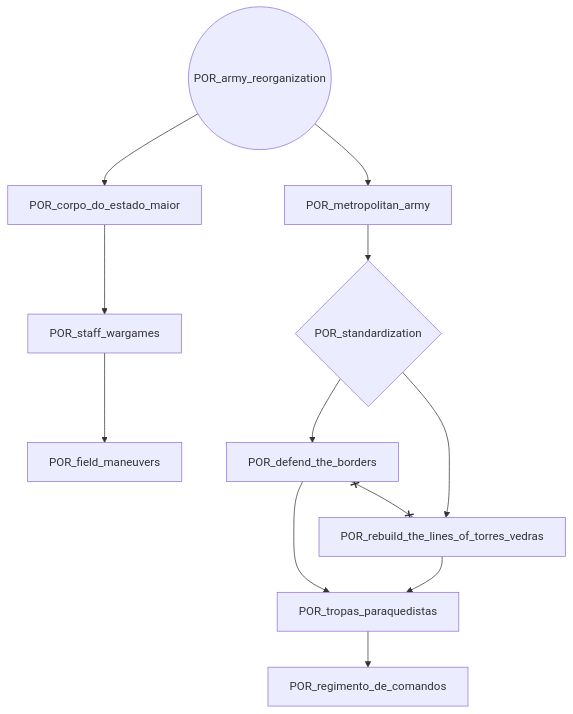
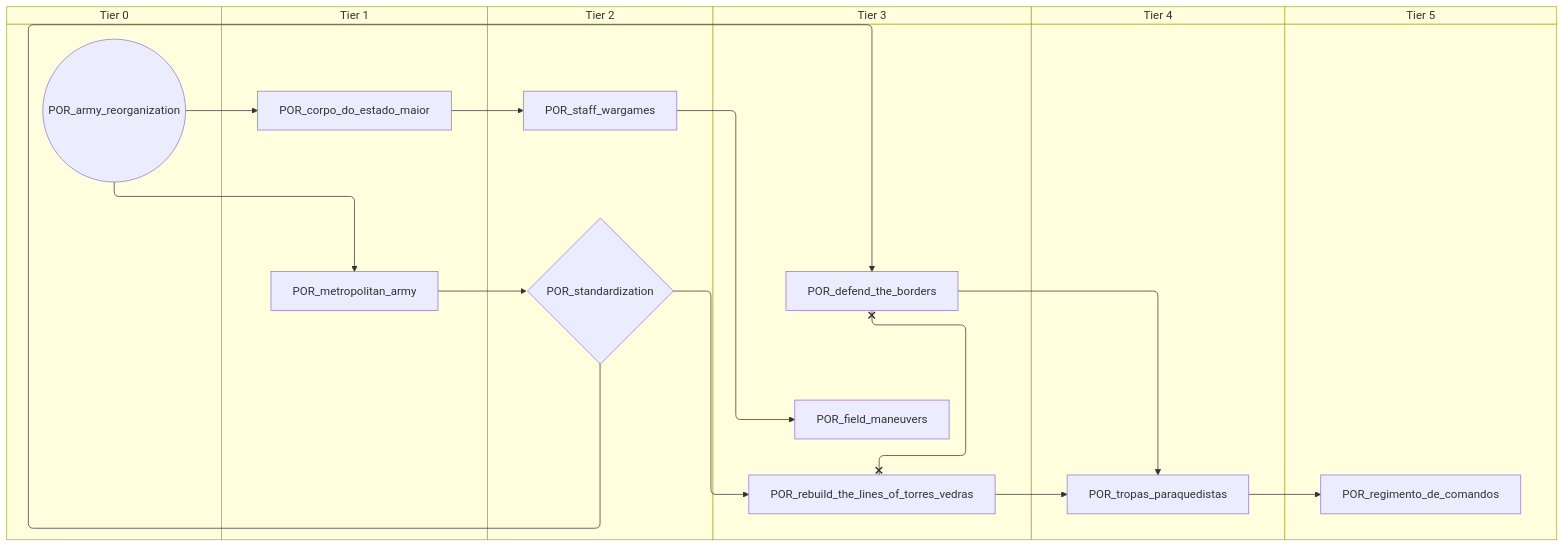
The first of 6 diagrams in docs/gdd/National Focuses/portugal.md (evgeny-sobol/hoi4-sandbox-mode), drawn with Mermaid before and after one commit. The commit also changed other lines of this file and 80 other files, not shown here.

First line of the commit message:
Add swimlane mode to focus graph exporter

````diff
--- a/docs/gdd/National Focuses/portugal.md
+++ b/docs/gdd/National Focuses/portugal.md
@@ -3,24 +3,36 @@
 ```mermaid
-flowchart TD
-    n1(("POR_army_reorganization"))
-    n2["POR_corpo_do_estado_maior"]
-    n3["POR_defend_the_borders"]
-    n4["POR_field_maneuvers"]
-    n5["POR_metropolitan_army"]
-    n6["POR_rebuild_the_lines_of_torres_vedras"]
-    n7["POR_regimento_de_comandos"]
-    n8["POR_staff_wargames"]
-    n9{"POR_standardization"}
-    n10["POR_tropas_paraquedistas"]
+swimlane-beta TD
+    subgraph tier_0["Tier 0"]
+        n1(("POR_army_reorganization"))
+    end
+    subgraph tier_1["Tier 1"]
+        n2["POR_corpo_do_estado_maior"]
+        n3["POR_metropolitan_army"]
+    end
+    subgraph tier_2["Tier 2"]
+        n4["POR_staff_wargames"]
+        n5{"POR_standardization"}
+    end
+    subgraph tier_3["Tier 3"]
+        n6["POR_defend_the_borders"]
+        n7["POR_field_maneuvers"]
+        n8["POR_rebuild_the_lines_of_torres_vedras"]
+    end
+    subgraph tier_4["Tier 4"]
+        n9["POR_tropas_paraquedistas"]
+    end
+    subgraph tier_5["Tier 5"]
+        n10["POR_regimento_de_comandos"]
+    end
     n1 --> n2
-    n9 --> n3
-    n8 --> n4
-    n1 --> n5
-    n9 --> n6
-    n10 --> n7
-    n2 --> n8
-    n5 --> n9
-    n3 --> n10
-    n6 --> n10
-    n3 x--x n6
+    n5 --> n6
+    n4 --> n7
+    n1 --> n3
+    n5 --> n8
+    n9 --> n10
+    n2 --> n4
+    n3 --> n5
+    n6 --> n9
+    n8 --> n9
+    n6 x--x n8
 ```
````
